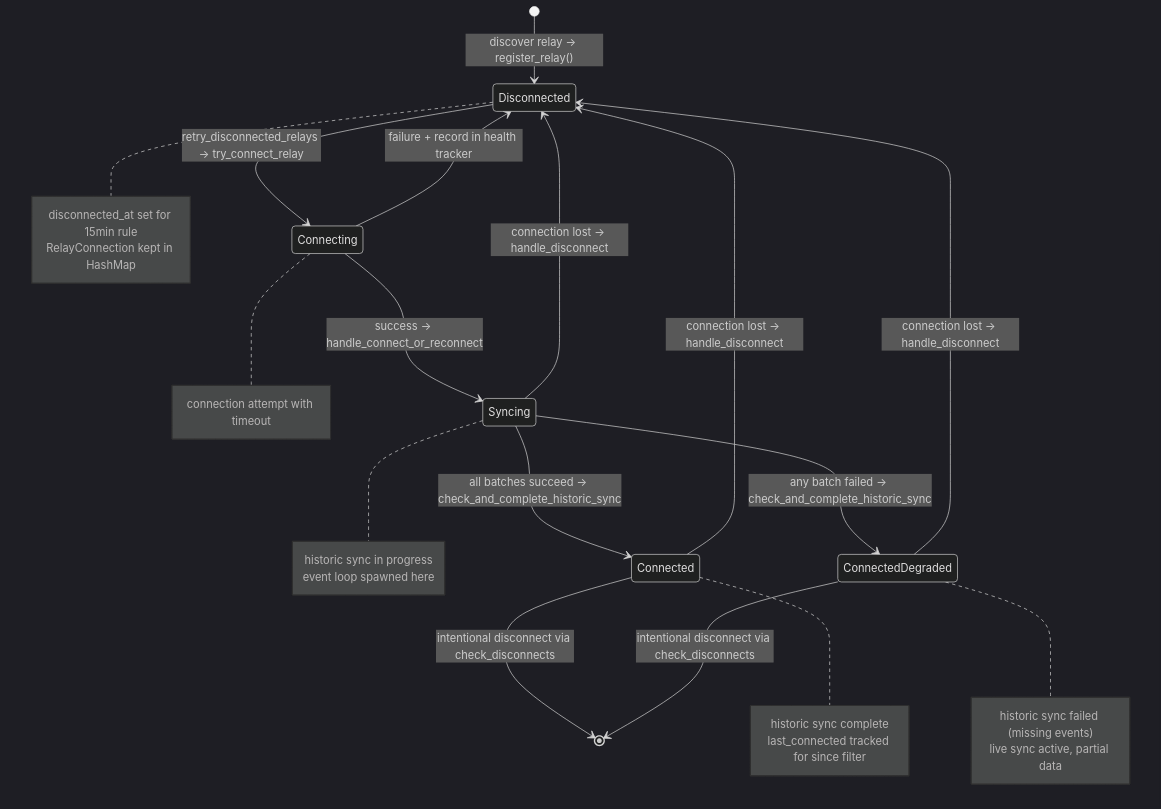
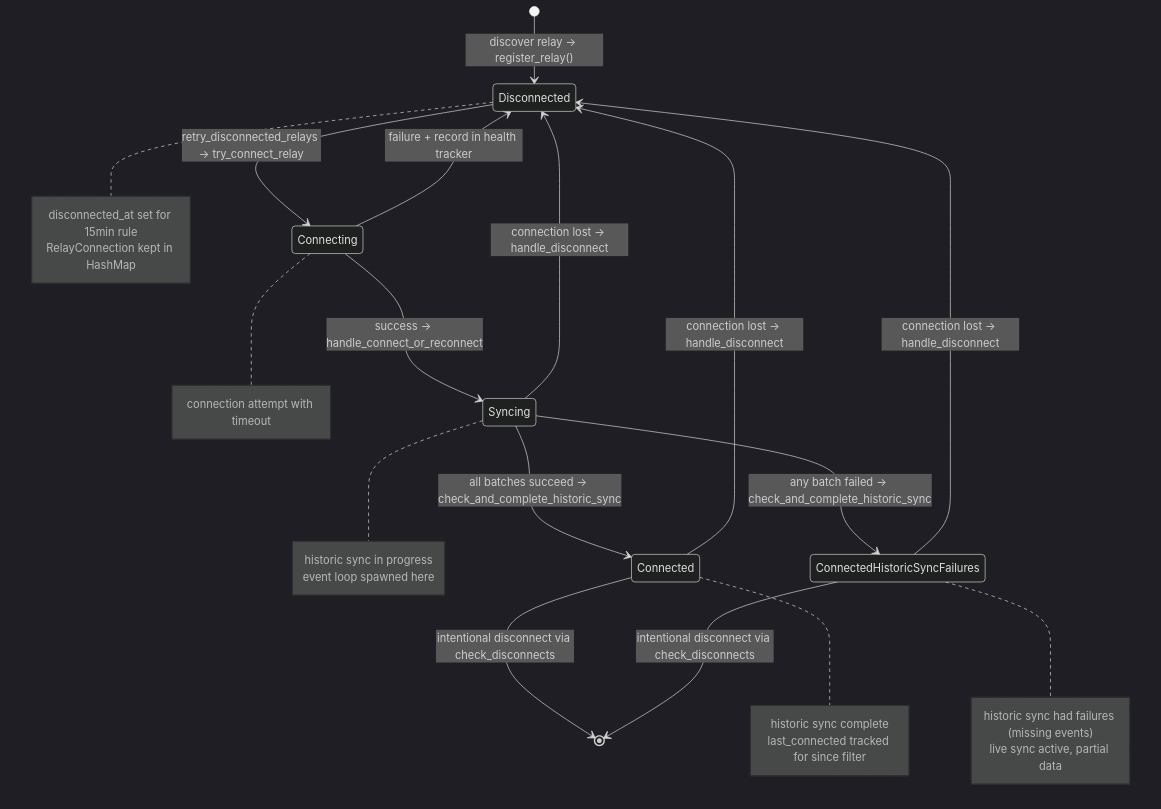
One commit to Pleb5/ngit-grasp changed the first of 12 diagrams in docs/explanation/grasp-02-proactive-sync.md. Above: the diagram before and after it, drawn with Mermaid (dark theme). The commit also changed other lines of this file and 3 other files, not shown here.

First line of the commit message:
refactor(sync): rename ConnectedDegraded to ConnectedHistoricSyncFailures

````diff
--- a/docs/explanation/grasp-02-proactive-sync.md
+++ b/docs/explanation/grasp-02-proactive-sync.md
@@ -206,20 +206,20 @@
 ```mermaid
 stateDiagram-v2
     [*] --> Disconnected: discover relay → register_relay()
     Disconnected --> Connecting: retry_disconnected_relays → try_connect_relay
     Connecting --> Syncing: success → handle_connect_or_reconnect
     Connecting --> Disconnected: failure + record in health tracker
     Syncing --> Connected: all batches succeed → check_and_complete_historic_sync
-    Syncing --> ConnectedDegraded: any batch failed → check_and_complete_historic_sync
+    Syncing --> ConnectedHistoricSyncFailures: any batch failed → check_and_complete_historic_sync
     Syncing --> Disconnected: connection lost → handle_disconnect
     Connected --> Disconnected: connection lost → handle_disconnect
-    ConnectedDegraded --> Disconnected: connection lost → handle_disconnect
+    ConnectedHistoricSyncFailures --> Disconnected: connection lost → handle_disconnect
     Connected --> [*]: intentional disconnect via check_disconnects
-    ConnectedDegraded --> [*]: intentional disconnect via check_disconnects
+    ConnectedHistoricSyncFailures --> [*]: intentional disconnect via check_disconnects
 
     note right of Disconnected: disconnected_at set for 15min rule<br/>RelayConnection kept in HashMap
     note right of Connecting: connection attempt with timeout
     note right of Syncing: historic sync in progress<br/>event loop spawned here
     note right of Connected: historic sync complete<br/>last_connected tracked for since filter
-    note right of ConnectedDegraded: historic sync failed (missing events)<br/>live sync active, partial data
+    note right of ConnectedHistoricSyncFailures: historic sync had failures (missing events)<br/>live sync active, partial data
 ```
````
